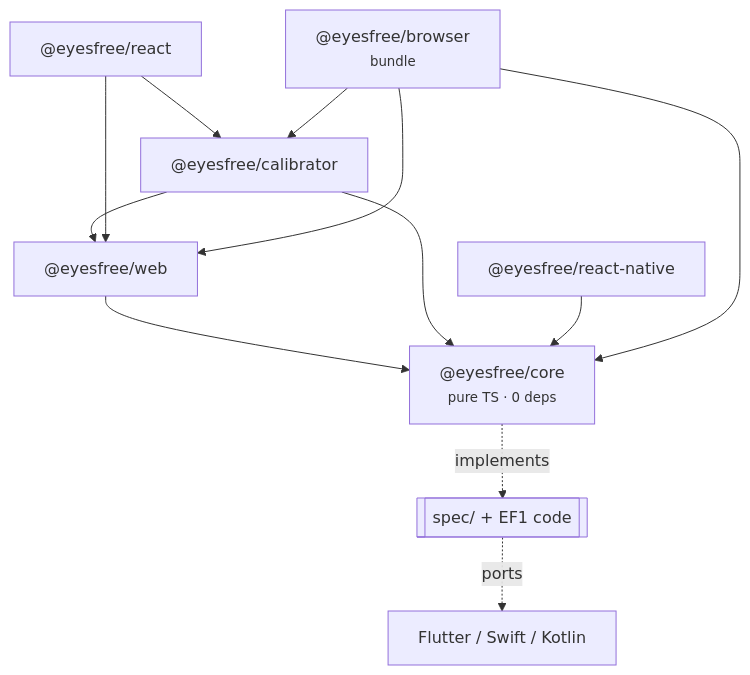
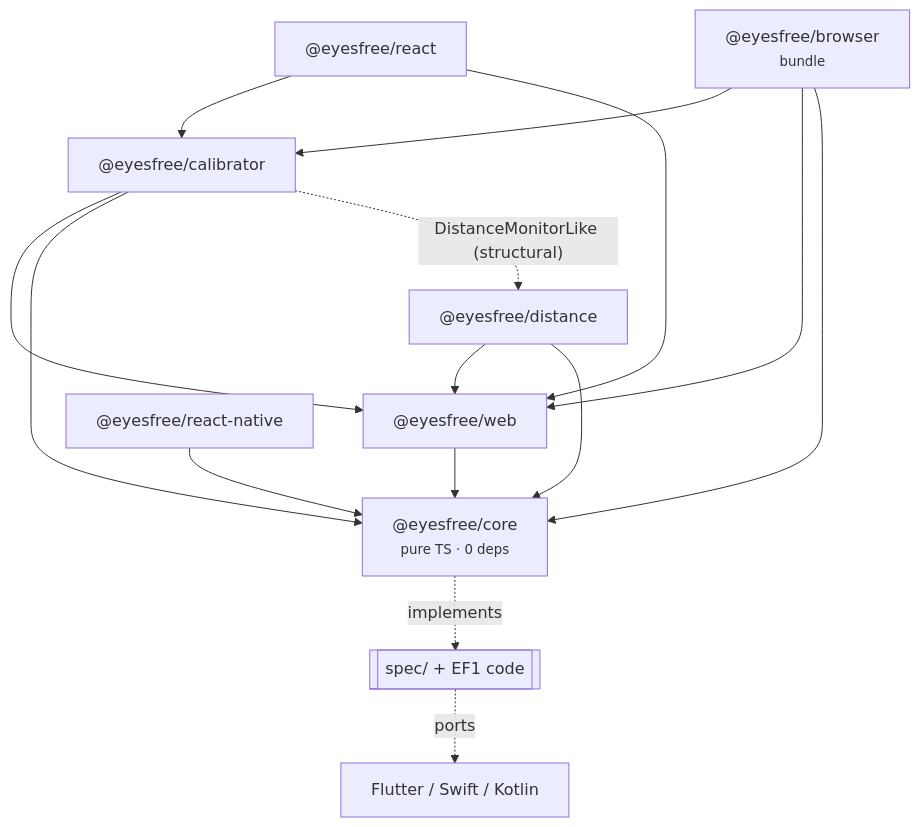
Before and after one commit to rbassoi/eyesfree: the first of 4 diagrams in docs/architecture.md, drawn with Mermaid. The commit also changed other lines of this file and 39 other files, not shown here.

````diff
--- a/docs/architecture.md
+++ b/docs/architecture.md
@@ -39,15 +40,18 @@
 ```mermaid
 graph TD
   core["@eyesfree/core<br/><small>pure TS · 0 deps</small>"]
   web["@eyesfree/web"] --> core
   cal["@eyesfree/calibrator"] --> web
   cal --> core
   react["@eyesfree/react"] --> cal
   react --> web
   rn["@eyesfree/react-native"] --> core
+  dist["@eyesfree/distance"] --> web
+  dist --> core
+  cal -. "DistanceMonitorLike (structural)" .-> dist
   browser["@eyesfree/browser<br/><small>bundle</small>"] --> cal
   browser --> web
   browser --> core
   spec[["spec/ + EF1 code"]] -.ports.-> flutter["Flutter / Swift / Kotlin"]
   core -.implements.-> spec
 ```
````
